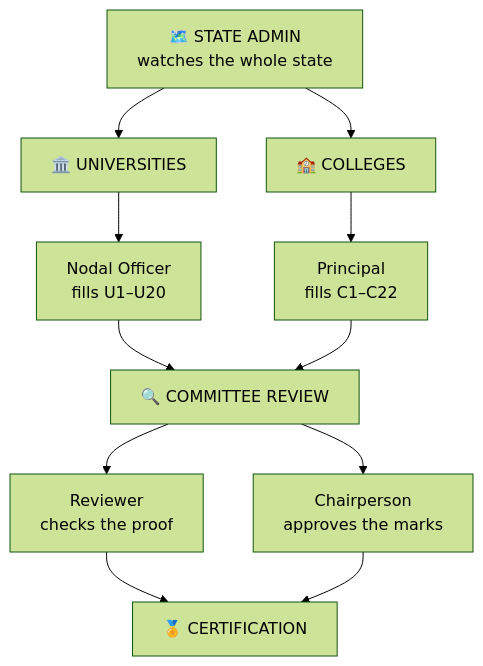
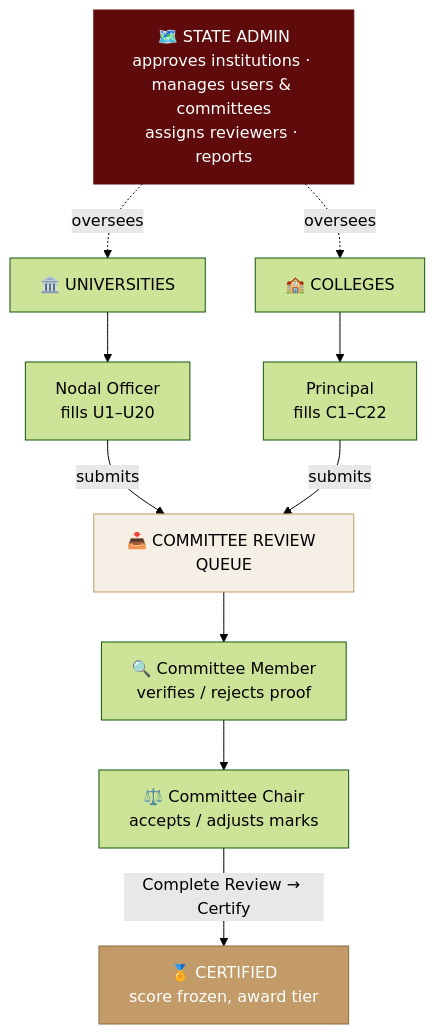
The first of 7 diagrams in README.md (Shivansee987/NEP_HARYANA), drawn with Mermaid (forest theme) before and after one commit. The commit also changed other lines of this file and 3 other files, not shown here.

````diff
--- a/README.md
+++ b/README.md
@@ -41,14 +73,17 @@
 ```mermaid
 flowchart TD
-    SA["🗺️ STATE ADMIN<br/>watches the whole state"]
-    SA --> U["🏛️ UNIVERSITIES"]
-    SA --> C["🏫 COLLEGES"]
+    SA["🗺️ STATE ADMIN<br/>approves institutions · manages users & committees<br/>assigns reviewers · reports"]
+    SA -.oversees.-> U["🏛️ UNIVERSITIES"]
+    SA -.oversees.-> C["🏫 COLLEGES"]
     U --> NO["Nodal Officer<br/>fills U1–U20"]
     C --> P["Principal<br/>fills C1–C22"]
-    NO --> CR["🔍 COMMITTEE REVIEW"]
-    P --> CR
-    CR --> R["Reviewer<br/>checks the proof"]
-    CR --> CH["Chairperson<br/>approves the marks"]
-    R --> CERT["🏅 CERTIFICATION"]
-    CH --> CERT
+    NO -->|submits| Q["📥 COMMITTEE REVIEW QUEUE"]
+    P -->|submits| Q
+    Q --> R["🔍 Committee Member<br/>verifies / rejects proof"]
+    R --> CH["⚖️ Committee Chair<br/>accepts / adjusts marks"]
+    CH -->|"Complete Review → Certify"| CERT["🏅 CERTIFIED<br/>score frozen, award tier"]
+
+    style SA fill:#600b0b,color:#fff,stroke:#600b0b
+    style CERT fill:#c29b68,color:#fff,stroke:#8a6a3e
+    style Q fill:#f5efe6,stroke:#c29b68
 ```
````
